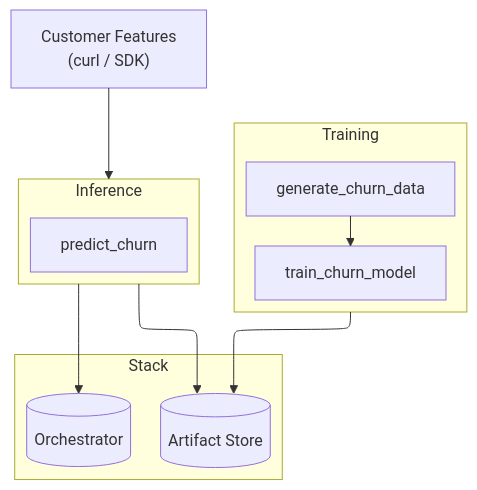
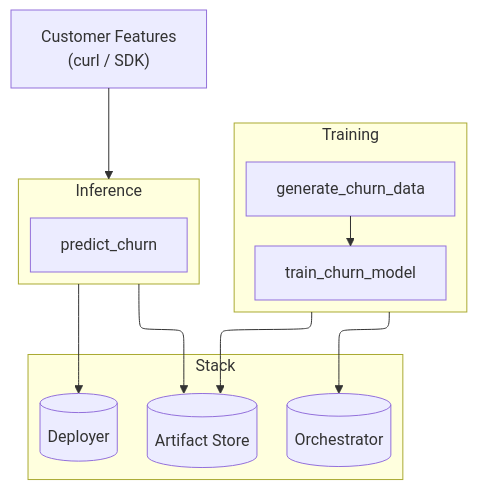
The second of 3 diagrams in docs/book/getting-started/your-first-ai-pipeline.md (zenml-io/zenml), drawn with Mermaid before and after one commit.

Commit message:
Add Deployer to AI pipeline flowchart

````diff
--- a/docs/book/getting-started/your-first-ai-pipeline.md
+++ b/docs/book/getting-started/your-first-ai-pipeline.md
@@ -105,28 +105,30 @@
 ```mermaid
 ---
 config:
   layout: elk
   theme: mc
 ---
 flowchart TB
   subgraph TRAIN["Training"]
     D["generate_churn_data"]
     T["train_churn_model"]
     D --> T
   end
 
   subgraph INFER["Inference"]
     P["predict_churn"]
   end
 
   U["Customer Features<br/>(curl / SDK)"] --> INFER
 
   subgraph STACK["Stack"]
     OR[("Orchestrator")]
     AR[("Artifact Store")]
+    DE[("Deployer")]
   end
 
   TRAIN --> AR
-  INFER --> OR
+  TRAIN --> OR
+  INFER --> DE
   INFER --> AR
 ```
````
